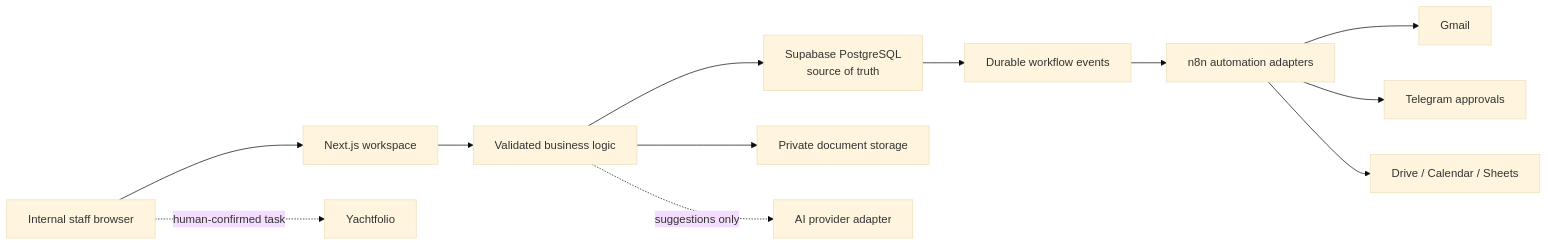
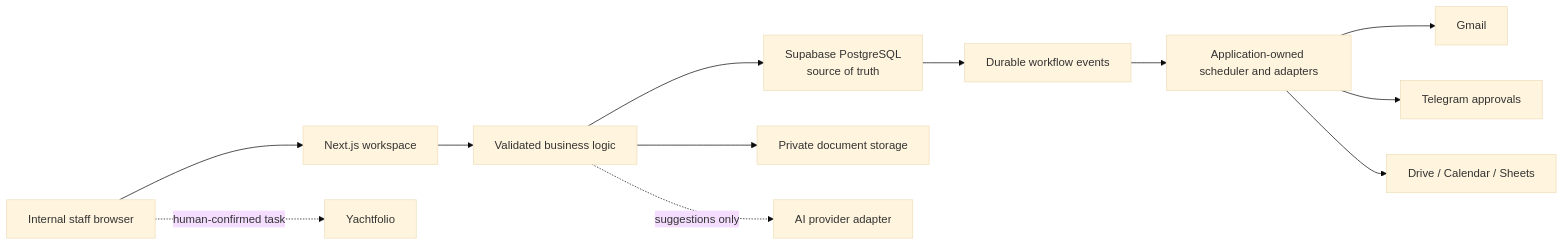
The diagram in docs/architecture/FOUNDATION.md (catsplat/Torrance-Yachts), drawn with Mermaid (base theme) before and after one commit. The commit also changed other lines of this file and 26 other files, not shown here.

````diff
--- a/docs/architecture/FOUNDATION.md
+++ b/docs/architecture/FOUNDATION.md
@@ -29,14 +29,14 @@
 ```mermaid
 flowchart LR
     Staff["Internal staff browser"] --> Web["Next.js workspace"]
     Web --> Logic["Validated business logic"]
     Logic --> DB["Supabase PostgreSQL\nsource of truth"]
     Logic --> Storage["Private document storage"]
     DB --> Events["Durable workflow events"]
-    Events --> N8N["n8n automation adapters"]
-    N8N --> Gmail["Gmail"]
-    N8N --> Telegram["Telegram approvals"]
-    N8N --> Google["Drive / Calendar / Sheets"]
+    Events --> Worker["Application-owned scheduler and adapters"]
+    Worker --> Gmail["Gmail"]
+    Worker --> Telegram["Telegram approvals"]
+    Worker --> Google["Drive / Calendar / Sheets"]
     Logic -. "suggestions only" .-> AI["AI provider adapter"]
     Staff -. "human-confirmed task" .-> Yachtfolio["Yachtfolio"]
 ```
````
